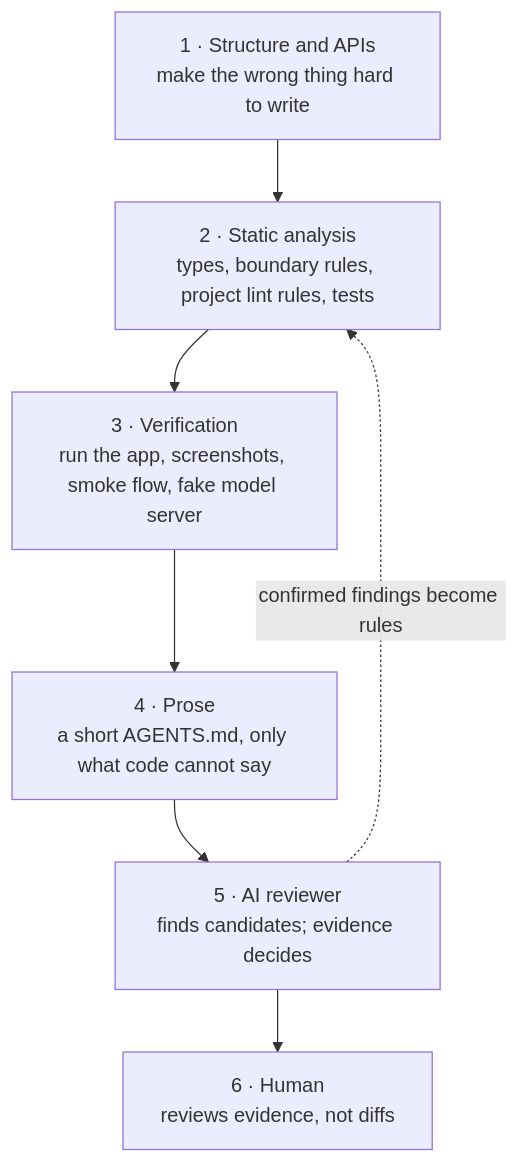
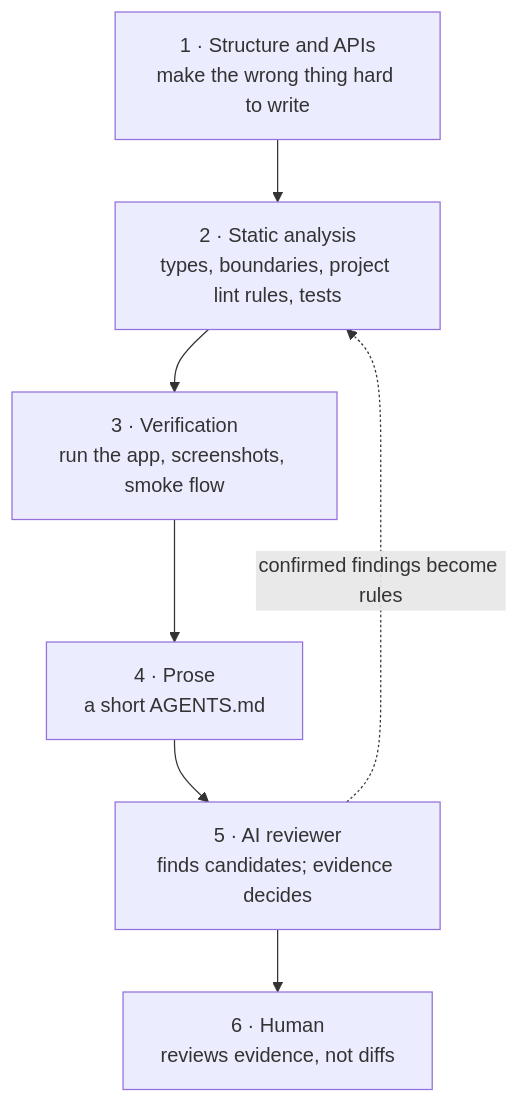
Before and after one commit to Tim-rppl/trust-pyramid: the diagram in README.md, drawn with Mermaid. The commit also changed other lines of this file and 2 other files, not shown here.

First line of the commit message:
Rewrite the README in a shorter, conventional structure (#17)

````diff
--- a/README.md
+++ b/README.md
@@ -52,9 +83,9 @@
 ```mermaid
 flowchart TB
-    A["1 · Structure and APIs<br/>make the wrong thing hard to write"] --> B["2 · Static analysis<br/>types, boundary rules, project lint rules, tests"]
-    B --> C["3 · Verification<br/>run the app, screenshots, smoke flow, fake model server"]
-    C --> D["4 · Prose<br/>a short AGENTS.md, only what code cannot say"]
+    A["1 · Structure and APIs<br/>make the wrong thing hard to write"] --> B["2 · Static analysis<br/>types, boundaries, project lint rules, tests"]
+    B --> C["3 · Verification<br/>run the app, screenshots, smoke flow"]
+    C --> D["4 · Prose<br/>a short AGENTS.md"]
     D --> E["5 · AI reviewer<br/>finds candidates; evidence decides"]
     E --> F["6 · Human<br/>reviews evidence, not diffs"]
     E -. "confirmed findings become rules" .-> B
 ```
````
